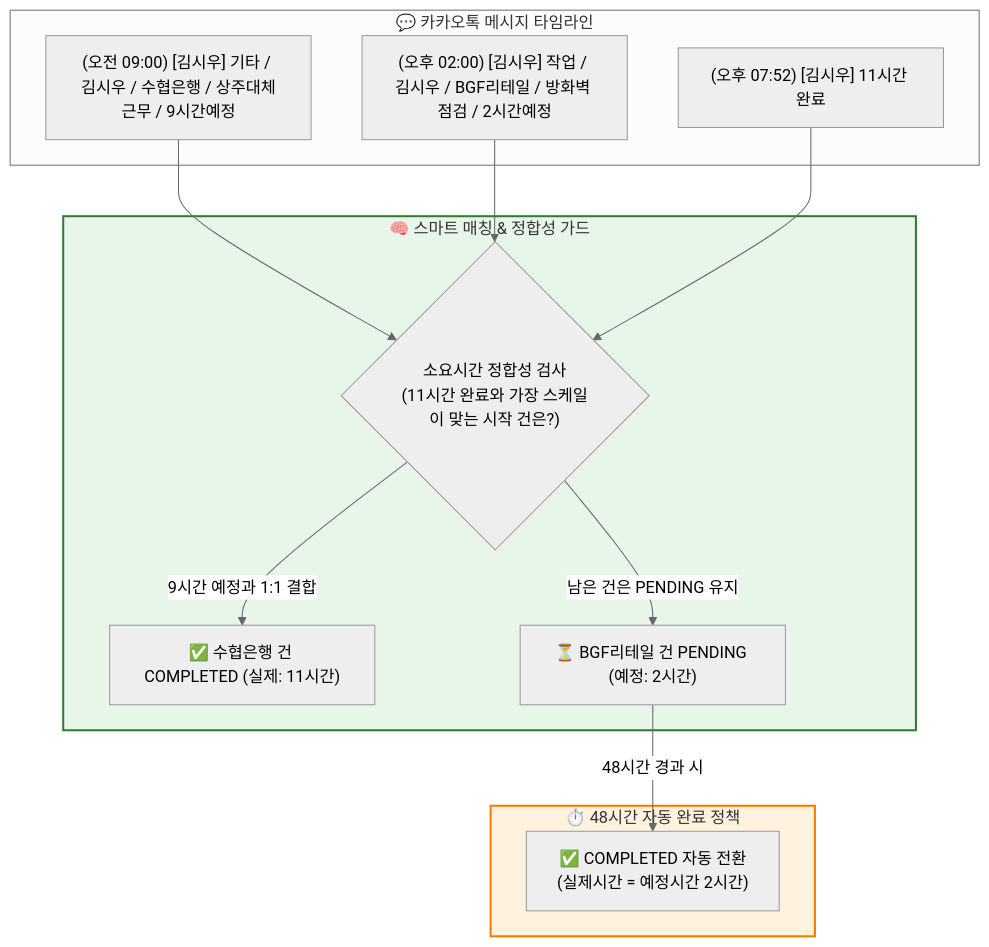
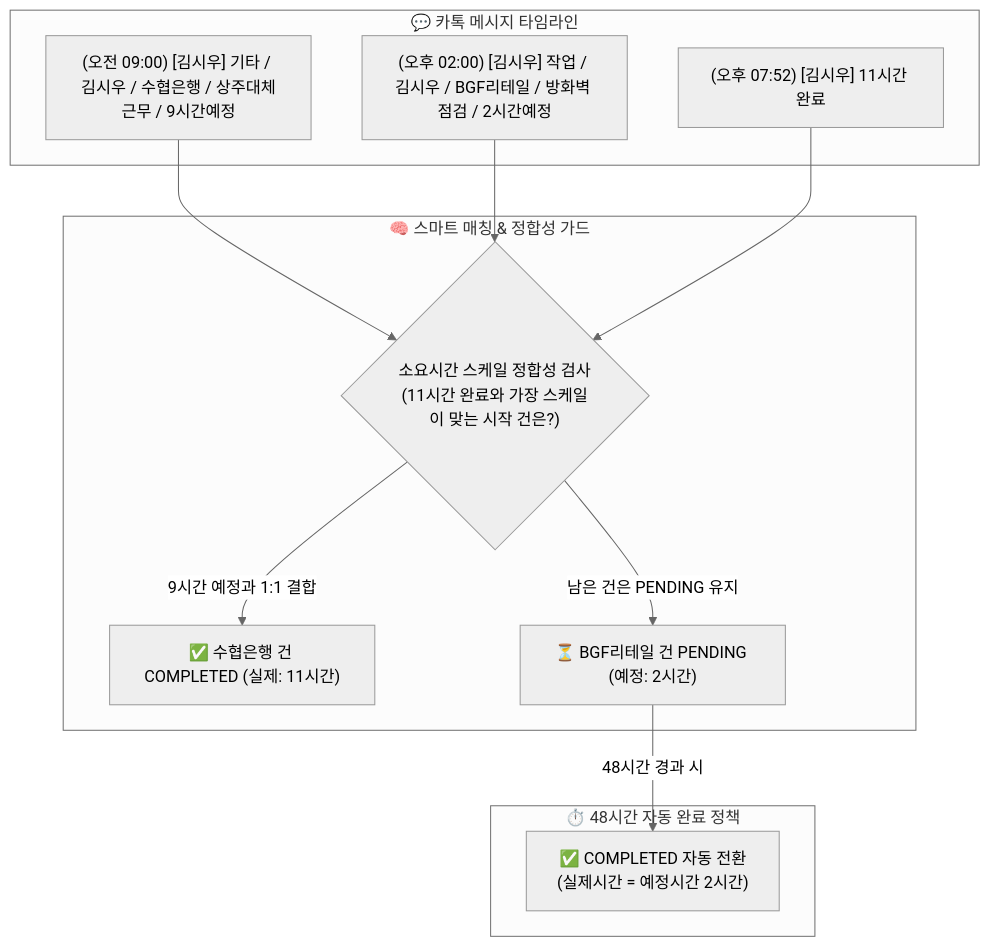
Before and after one commit to newprim82/PublicRepo: the second of 3 diagrams in README.md, drawn with Mermaid (neutral theme). The commit also changed other lines of this file and 1 other file, not shown here.

````diff
--- a/README.md
+++ b/README.md
@@ -43,24 +81,21 @@
 ```mermaid
 flowchart TD
-    subgraph KakaoStream["💬 카카오톡 메시지 타임라인"]
+    subgraph KakaoStream["💬 카톡 메시지 타임라인"]
         S1["(오전 09:00) [김시우] 기타 / 김시우 / 수협은행 / 상주대체근무 / 9시간예정"]
         S2["(오후 02:00) [김시우] 작업 / 김시우 / BGF리테일 / 방화벽 점검 / 2시간예정"]
         E1["(오후 07:52) [김시우] 11시간 완료"]
     end
 
     subgraph MatchEngine["🧠 스마트 매칭 & 정합성 가드"]
-        Guard{"소요시간 정합성 검사\n(11시간 완료와 가장 스케일이 맞는 시작 건은?)"}
+        Guard{"소요시간 스케일 정합성 검사\n(11시간 완료와 가장 스케일이 맞는 시작 건은?)"}
         S1 --> Guard
         S2 --> Guard
         E1 --> Guard
         Guard -->|"9시간 예정과 1:1 결합"| M1["✅ 수협은행 건 COMPLETED (실제: 11시간)"]
         Guard -->|"남은 건은 PENDING 유지"| M2["⏳ BGF리테일 건 PENDING (예정: 2시간)"]
     end
 
     subgraph Policy48h["⏱️ 48시간 자동 완료 정책"]
         M2 -->|"48시간 경과 시"| AutoEnd["✅ COMPLETED 자동 전환\n(실제시간 = 예정시간 2시간)"]
     end
-
-    style MatchEngine fill:#e8f5e9,stroke:#2e7d32,stroke-width:2px
-    style Policy48h fill:#fff3e0,stroke:#f57c00,stroke-width:2px
 ```
````
